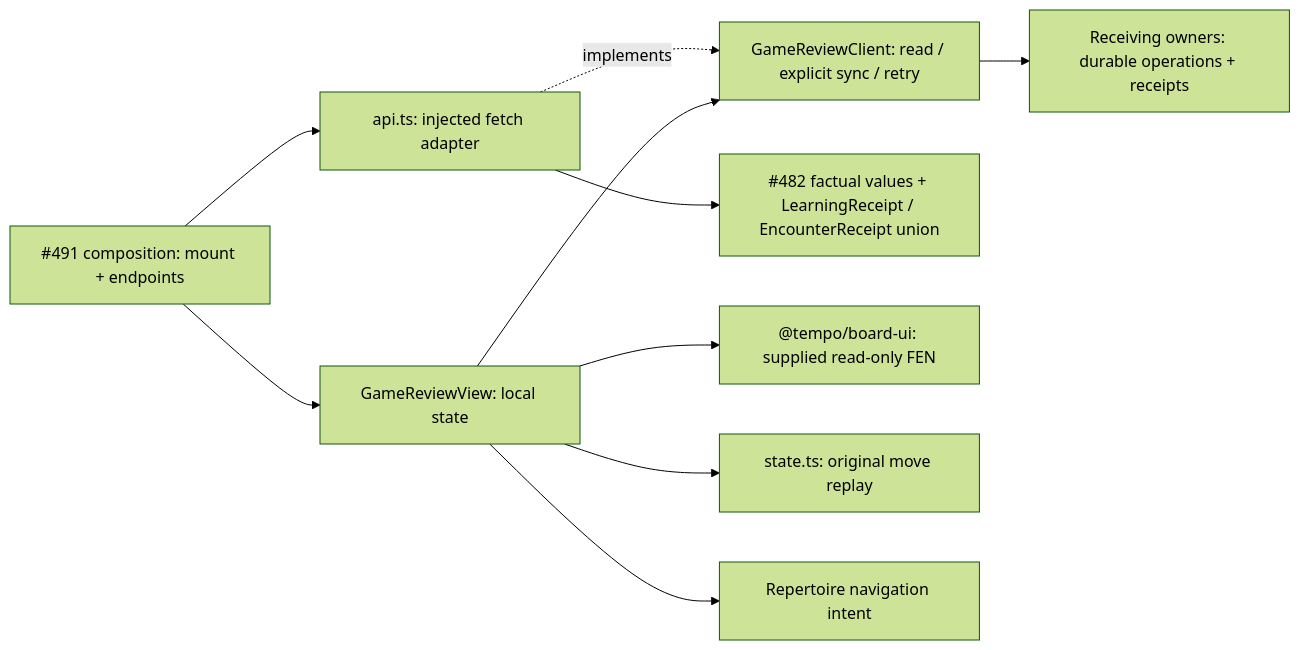
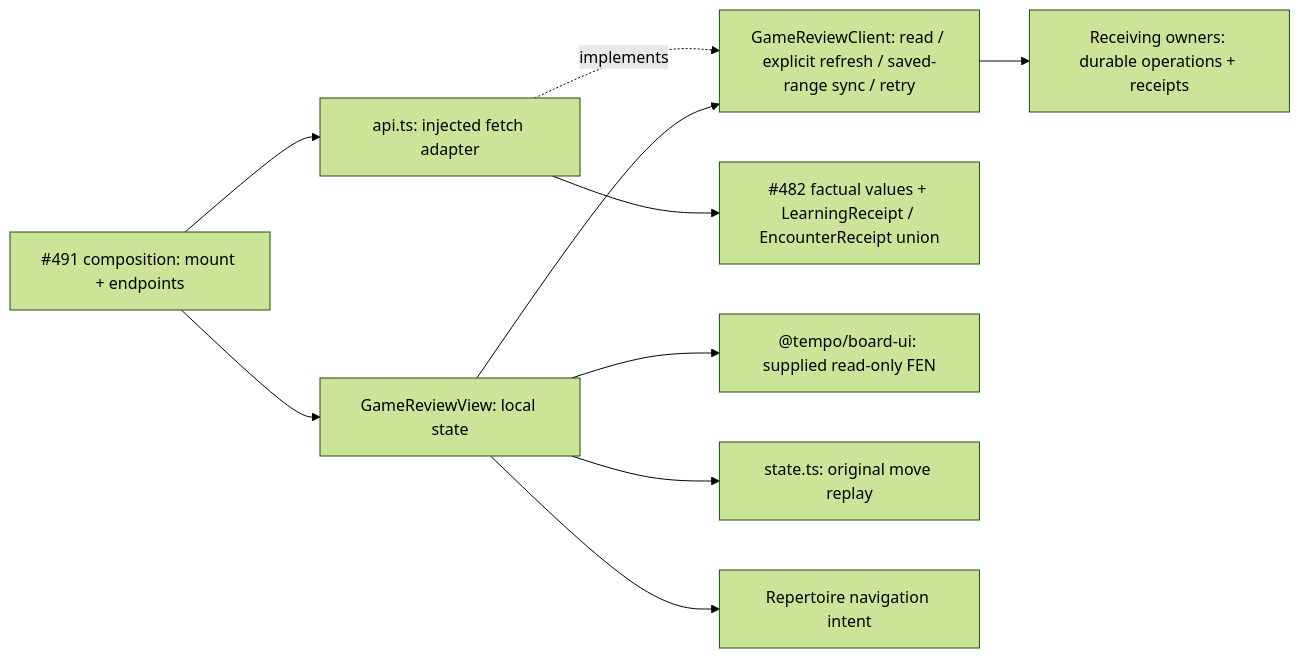
Before and after one commit to aaweaver-actuary/tempo: the diagram in app/features/game-review/README.md, drawn with Mermaid (forest theme). The commit also changed other lines of this file and 34 other files, not shown here.

Commit message:
Add on-demand Chess.com and Lichess game refresh

````diff
--- a/app/features/game-review/README.md
+++ b/app/features/game-review/README.md
@@ -49,12 +49,12 @@
 ```mermaid
 flowchart LR
   Composition["#491 composition: mount + endpoints"] --> View["GameReviewView: local state"]
   Composition --> HTTP["api.ts: injected fetch adapter"]
-  View --> Port["GameReviewClient: read / explicit sync / retry"]
+  View --> Port["GameReviewClient: read / explicit refresh / saved-range sync / retry"]
   HTTP -. implements .-> Port
   HTTP --> DTO["#482 factual values + LearningReceipt / EncounterReceipt union"]
   View --> Board["@tempo/board-ui: supplied read-only FEN"]
   View --> Replay["state.ts: original move replay"]
   View --> Intent["Repertoire navigation intent"]
   Port --> Owners["Receiving owners: durable operations + receipts"]
 ```
````
